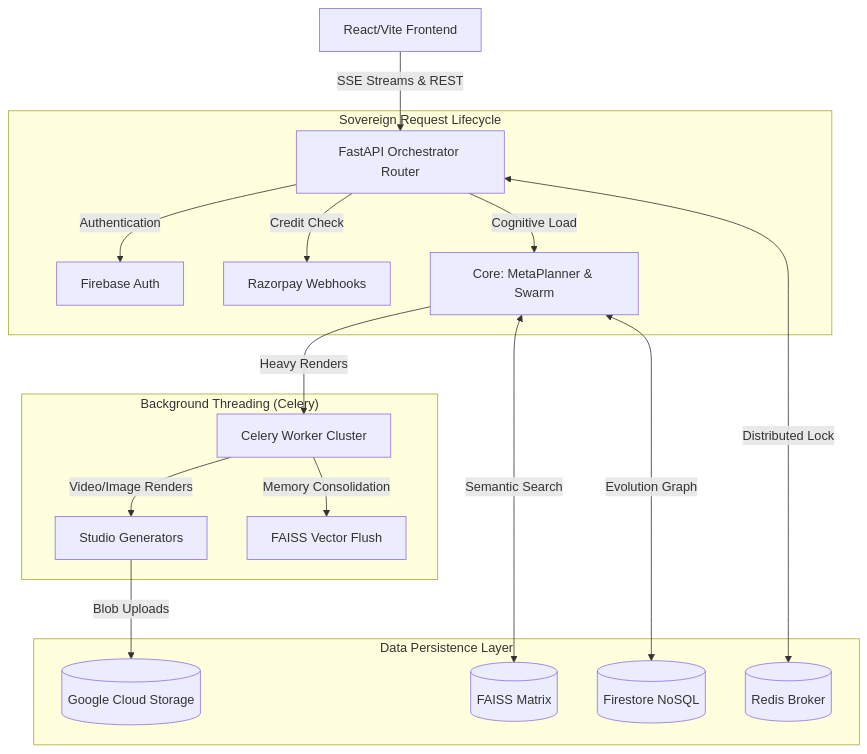
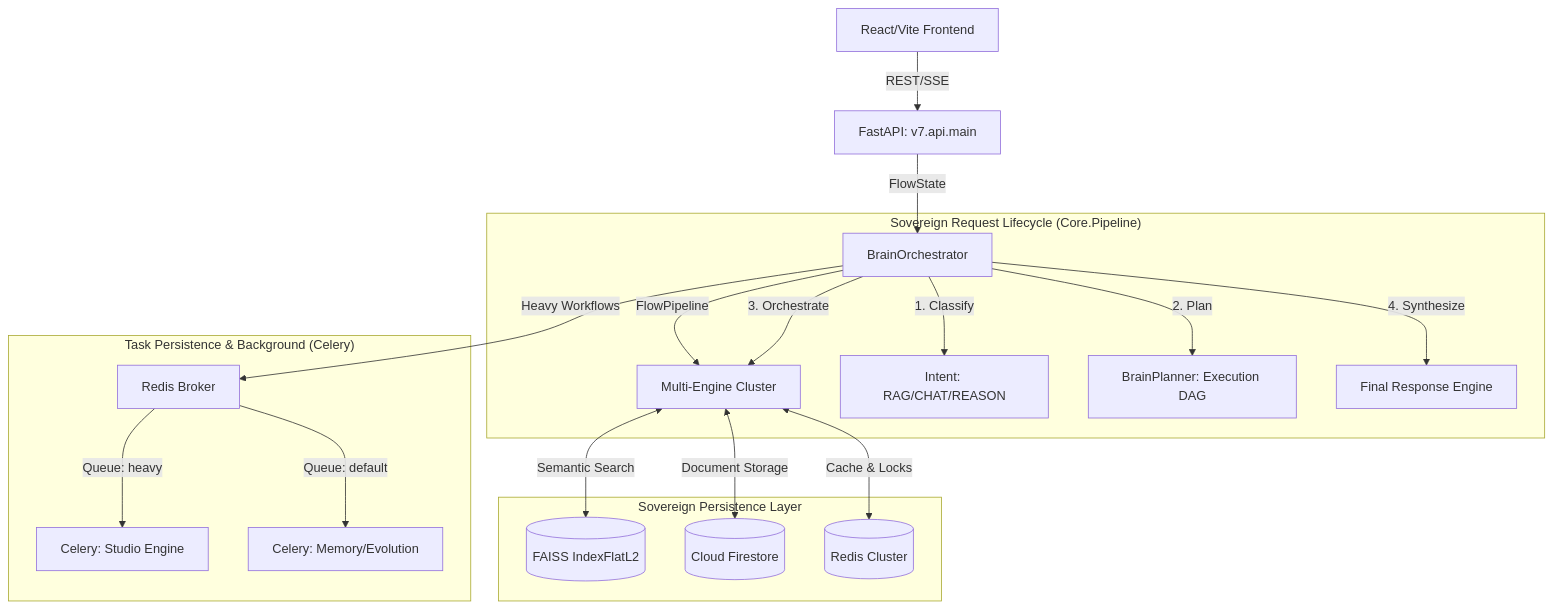
One commit to Blackdrg/levi-ai-innovate changed the diagram in README.md. Above: the diagram before and after it, drawn with Mermaid. The commit also changed other lines of this file, not shown here.

Commit message:
docs: comprehensive technical refinement of system architecture, engine contracts, and operational metrics

````diff
--- a/README.md
+++ b/README.md
@@ -43,23 +67,25 @@
 ```mermaid
 graph TD
-    Client[React/Vite Frontend] -->|SSE Streams & REST| API[FastAPI Orchestrator Router]
+    Client[React/Vite Frontend] -->|REST/SSE| API[FastAPI: v7.api.main]
+    API -->|FlowState| Orchestrator[BrainOrchestrator]
+    Orchestrator -->|FlowPipeline| SubEngines[Multi-Engine Cluster]
     
-    subgraph "Sovereign Request Lifecycle"
-        API -->|Authentication| Auth[Firebase Auth]
-        API -->|Credit Check| Payments[Razorpay Webhooks]
-        API -->|Cognitive Load| Cortex[Core: MetaPlanner & Swarm]
+    subgraph "Sovereign Request Lifecycle (Core.Pipeline)"
+        Orchestrator -->|1. Classify| Intent[Intent: RAG/CHAT/REASON]
+        Orchestrator -->|2. Plan| Planner[BrainPlanner: Execution DAG]
+        Orchestrator -->|3. Orchestrate| SubEngines
+        Orchestrator -->|4. Synthesize| Merge[Final Response Engine]
     end
 
-    subgraph "Background Threading (Celery)"
-        Cortex -->|Heavy Renders| Worker[Celery Worker Cluster]
-        Worker -->|Video/Image Renders| Studio[Studio Generators]
-        Worker -->|Memory Consolidation| Flush[FAISS Vector Flush]
+    subgraph "Task Persistence & Background (Celery)"
+        Orchestrator -->|Heavy Workflows| Redis[Redis Broker]
+        Redis -->|Queue: heavy| Studio[Celery: Studio Engine]
+        Redis -->|Queue: default| MemoryFlush[Celery: Memory/Evolution]
     end
 
-    subgraph "Data Persistence Layer"
-        Cortex <--Semantic Search--> FAISS[(FAISS Matrix)]
-        Cortex <--Evolution Graph--> Firestore[(Firestore NoSQL)]
-        API <--Distributed Lock--> Redis[(Redis Broker)]
-        Studio -->|Blob Uploads| GCS[(Google Cloud Storage)]
+    subgraph "Sovereign Persistence Layer"
+        SubEngines <--Semantic Search--> FAISS[(FAISS IndexFlatL2)]
+        SubEngines <--Document Storage--> Firestore[(Cloud Firestore)]
+        SubEngines <--Cache & Locks--> RedisDB[(Redis Cluster)]
     end
 ```
````
